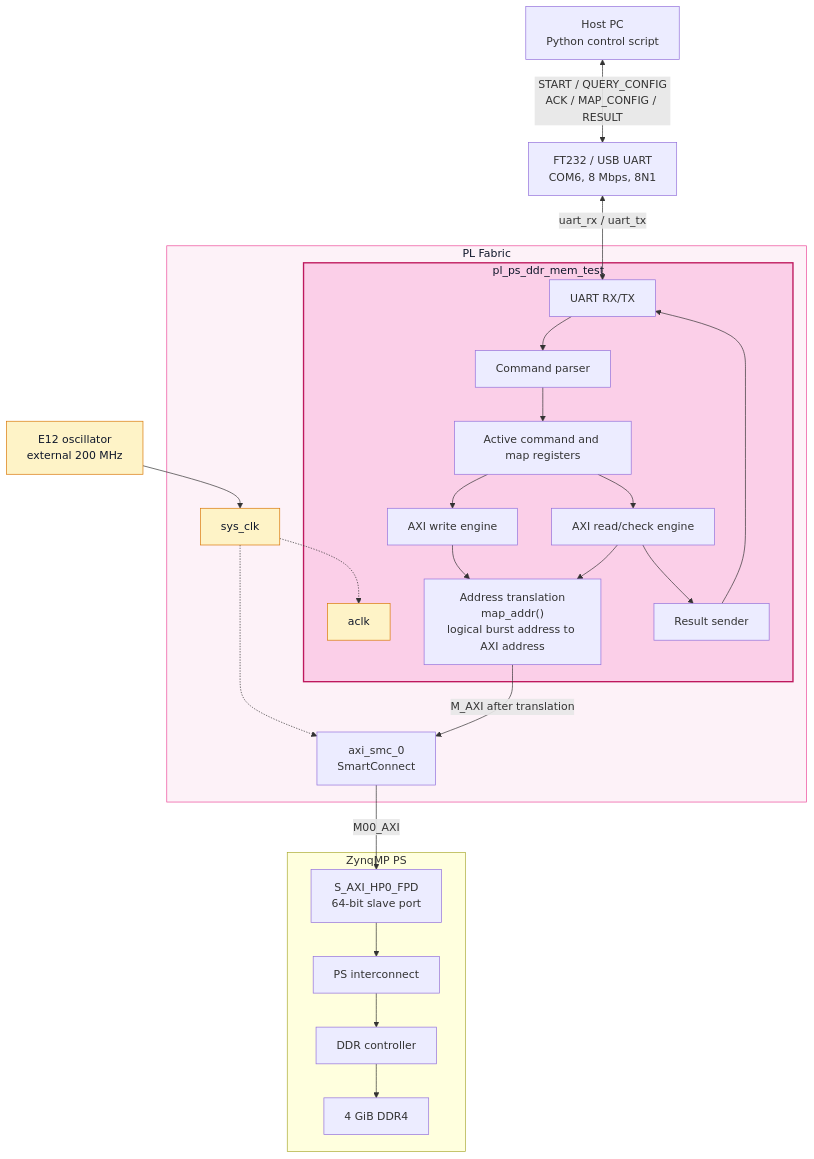
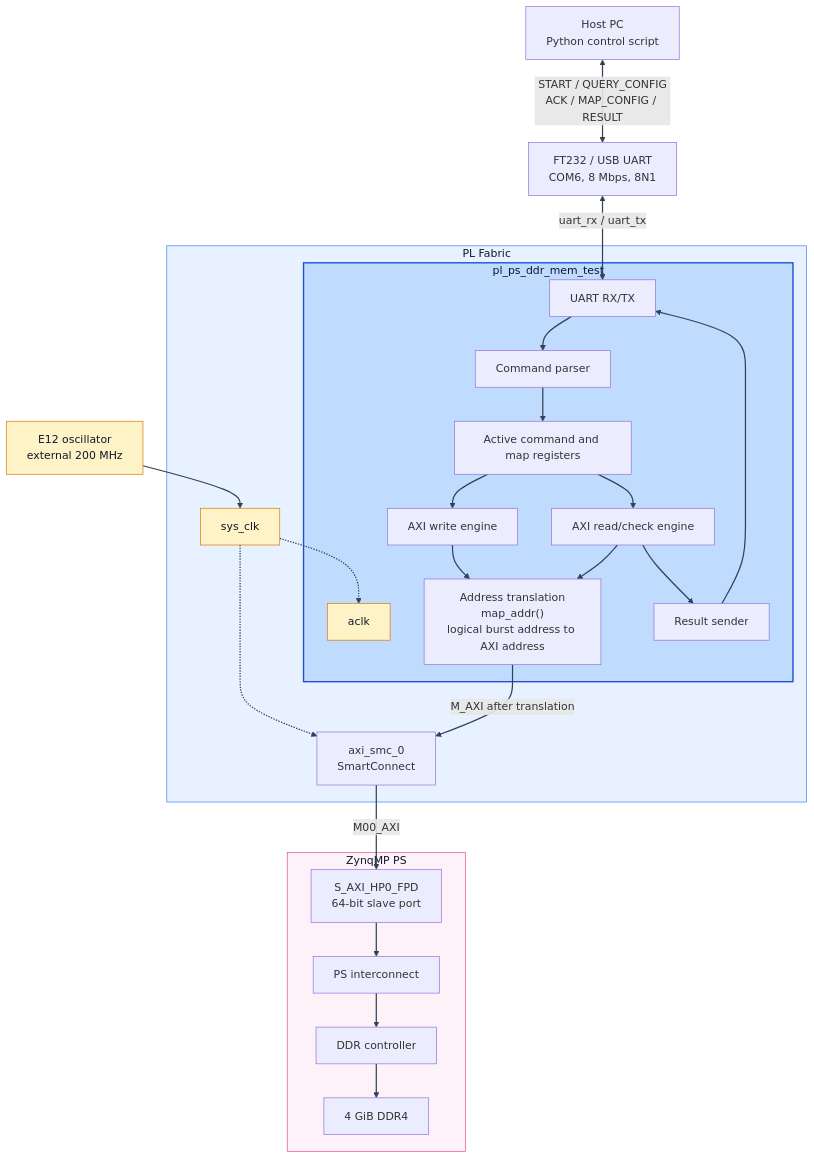
The second of 9 diagrams in README.md (RESBI/ZU4EV-PL-to-PS-DDR-TEST), drawn with Mermaid before and after one commit.

Commit message:
Tune architecture diagram colors

````diff
--- a/README.md
+++ b/README.md
@@ -333,55 +333,59 @@
 ```mermaid
 flowchart TB
     Host["Host PC<br/>Python control script"]
     Usb["FT232 / USB UART<br/>COM6, 8 Mbps, 8N1"]
     Clk["E12 oscillator<br/>external 200 MHz"]
 
     Host <-->|START / QUERY_CONFIG<br/>ACK / MAP_CONFIG / RESULT| Usb
     Clk --> SysClk
 
     subgraph PL["PL Fabric"]
         SysClk["sys_clk"]
 
         subgraph Tester["pl_ps_ddr_mem_test"]
             Aclk["aclk"]
             Uart["UART RX/TX"]
             Parser["Command parser"]
             Active["Active command and map registers"]
             Write["AXI write engine"]
             Read["AXI read/check engine"]
             Map["Address translation<br/>map_addr()<br/>logical burst address to AXI address"]
             Result["Result sender"]
 
             Uart --> Parser
             Parser --> Active
             Active --> Write
             Write --> Map
             Active --> Read
             Read --> Map
             Read --> Result
             Result --> Uart
         end
 
         SysClk -.-> Aclk
         SysClk -.-> Smc["axi_smc_0<br/>SmartConnect"]
         Map -->|M_AXI after translation| Smc
     end
 
     Usb <-->|uart_rx / uart_tx| Uart
 
     subgraph PS["ZynqMP PS"]
         HpPort["S_AXI_HP0_FPD<br/>64-bit slave port"]
         HpPort --> Interconnect["PS interconnect"]
         Interconnect --> DdrCtrl["DDR controller"]
         DdrCtrl --> Ddr["4 GiB DDR4"]
     end
 
     Smc -->|M00_AXI| HpPort
 
-    classDef fabric fill:#fdf2f8,stroke:#ec4899,stroke-width:1px,color:#0f172a
-    classDef tester fill:#fbcfe8,stroke:#be185d,stroke-width:2px,color:#0f172a
+    classDef fabric fill:#e8f1ff,stroke:#3b82f6,stroke-width:1px,color:#0f172a
+    classDef tester fill:#bfdbfe,stroke:#1d4ed8,stroke-width:2px,color:#0f172a
+    classDef ps fill:#fdf2f8,stroke:#ec4899,stroke-width:1px,color:#0f172a
     classDef clock fill:#fef3c7,stroke:#d97706,stroke-width:1px,color:#0f172a
     class PL fabric
     class Tester tester
+    class PS ps
     class Clk,SysClk,Aclk clock
+
+    linkStyle default stroke:#334155,stroke-width:1.8px
 ```
````
